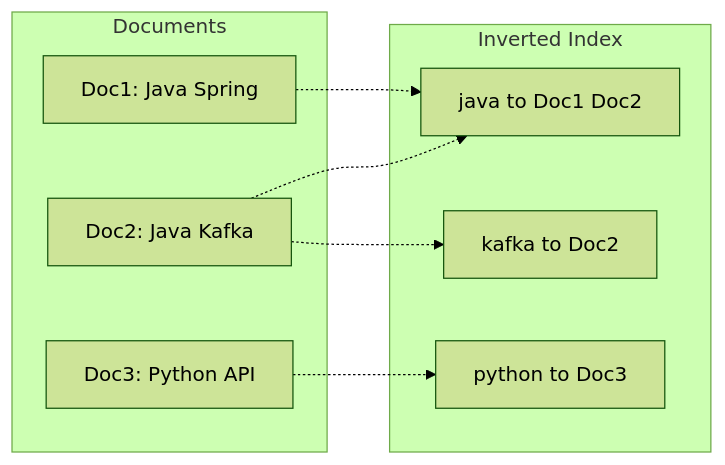
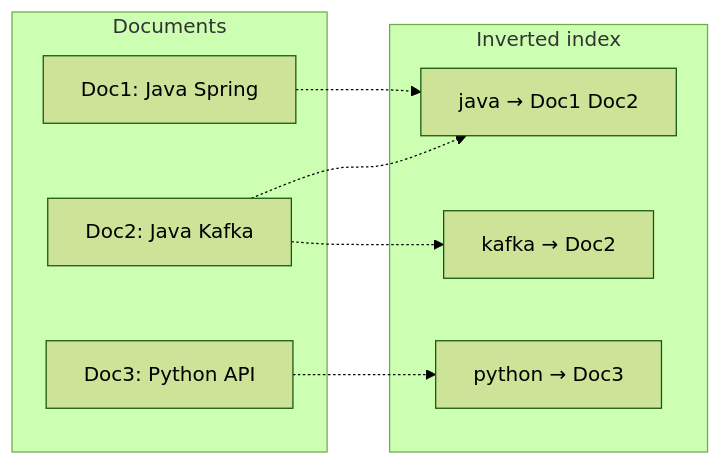
Before and after one commit to hareramcse/SystemDesign: diagram 19 of 24 in 02-databases/README.md, drawn with Mermaid (forest theme). The commit also changed other lines of this file and 14 other files, not shown here.

````diff
--- a/02-databases/README.md
+++ b/02-databases/README.md
@@ -6744,17 +1912,17 @@
 ```mermaid
 flowchart LR
-  subgraph docs [Documents]
-    D1[Doc1: Java Spring]
-    D2[Doc2: Java Kafka]
-    D3[Doc3: Python API]
-  end
-  subgraph inv [Inverted Index]
-    J[java to Doc1 Doc2]
-    K[kafka to Doc2]
-    P[python to Doc3]
-  end
-  D1 -.-> J
-  D2 -.-> J
-  D2 -.-> K
-  D3 -.-> P
+    subgraph Docs["Documents"]
+        D1[Doc1: Java Spring]
+        D2[Doc2: Java Kafka]
+        D3[Doc3: Python API]
+    end
+    subgraph Inv["Inverted index"]
+        J[java → Doc1 Doc2]
+        K[kafka → Doc2]
+        P[python → Doc3]
+    end
+    D1 -.-> J
+    D2 -.-> J
+    D2 -.-> K
+    D3 -.-> P
 ```
````
